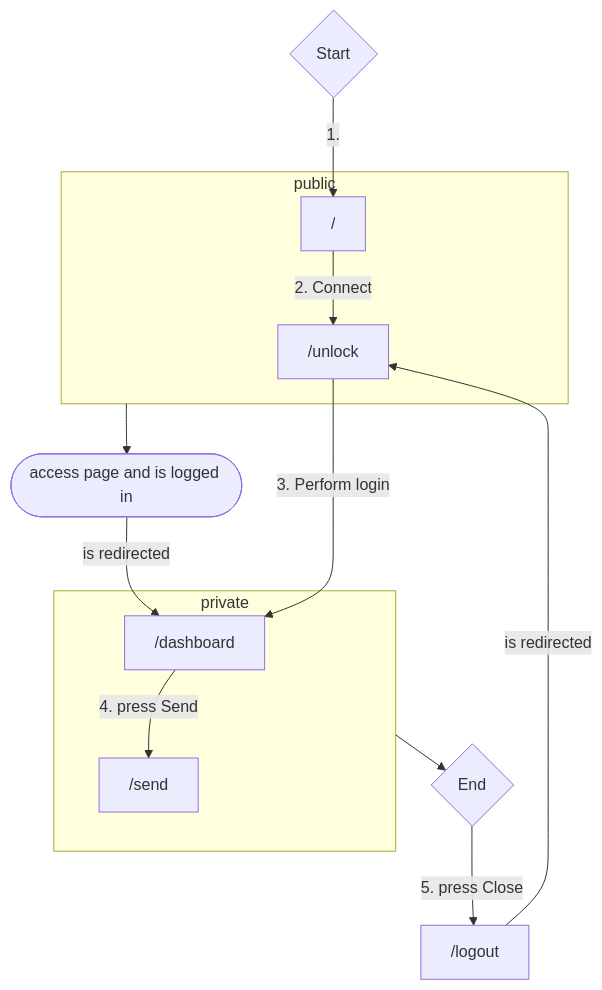
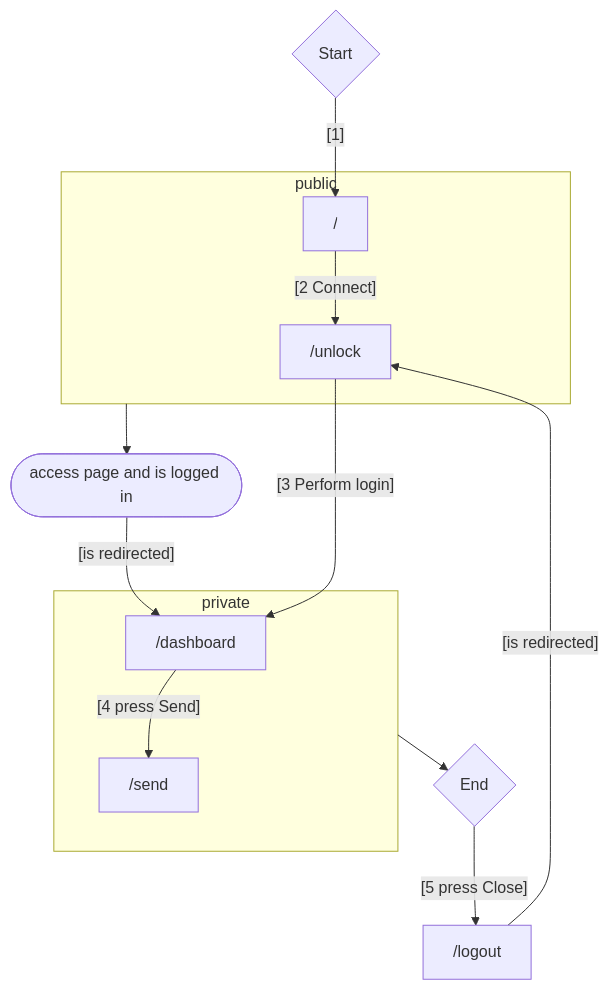
One commit to multiversx/mx-lite-wallet-dapp changed the first of 3 diagrams in README.md. Above: the diagram before and after it, drawn with Mermaid. The commit also changed other lines of this file, not shown here.

````diff
--- a/README.md
+++ b/README.md
@@ -85,20 +84,20 @@
 ```mermaid
 flowchart TB;
 
 	subgraph public
 	/unlock
 	/
-	/ -- 2. Connect --> /unlock
+	/ -- [2 Connect] --> /unlock
 	end
 
 	subgraph private
-	/dashboard -- 4. press Send --> /send
+	/dashboard -- [4 press Send] --> /send
 	end
 
-    id0{Start} -- 1. --> /
+    id0{Start} -- [1] --> /
 
-	public --> id1([access page and is logged in]) -- is redirected --> /dashboard
-	/unlock -- 3. Perform login --> /dashboard
-	private -->  id2{End} -- 5. press Close --> /logout -- is redirected--> /unlock
+	public --> id1([access page and is logged in]) -- [is redirected] --> /dashboard
+	/unlock -- [3 Perform login] --> /dashboard
+	private -->  id2{End} -- [5 press Close] --> /logout -- [is redirected] --> /unlock
 
 ```
````
